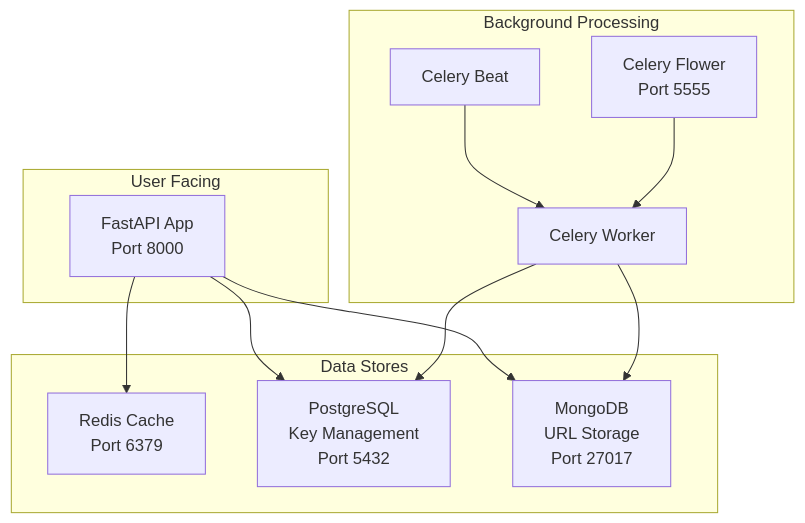
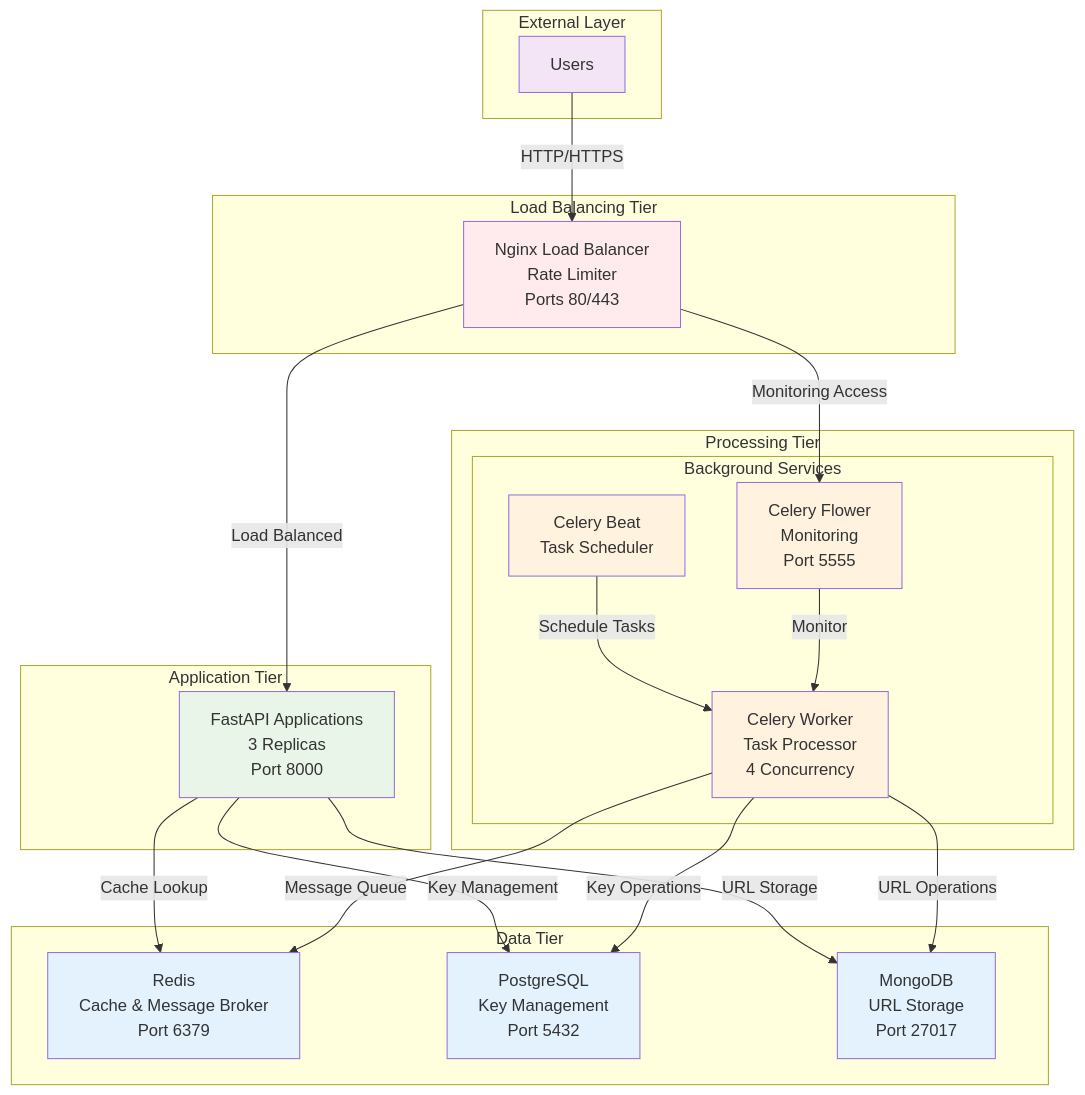
Before and after one commit to kaziiriad/url-shortener-scalable: the first of 2 diagrams in README.md, drawn with Mermaid. The commit also changed other lines of this file and 44 other files, not shown here.

````diff
--- a/README.md
+++ b/README.md
@@ -21,26 +21,58 @@
 ```mermaid
 graph TD
-    subgraph "User Facing"
-        A[FastAPI App <br> Port 8000]
+    subgraph "External Layer"
+        U[Users]
     end
 
-    subgraph "Data Stores"
-        B[Redis Cache <br> Port 6379]
-        C[PostgreSQL <br> Key Management <br> Port 5432]
-        D[MongoDB <br> URL Storage <br> Port 27017]
+    subgraph "Load Balancing Tier"
+        H[Nginx Load Balancer<br/>Rate Limiter<br/>Ports 80/443]
     end
 
-    subgraph "Background Processing"
-        E[Celery Worker]
-        F[Celery Beat]
-        G[Celery Flower <br> Port 5555]
+    subgraph "Application Tier"
+        A[FastAPI Applications<br/>3 Replicas<br/>Port 8000]
     end
 
-    A --> B
-    A --> C
-    A --> D
-    E --> D
-    E --> C
-    F --> E
-    G --> E
+    subgraph "Processing Tier"
+        subgraph "Background Services"
+            F[Celery Beat<br/>Task Scheduler]
+            E[Celery Worker<br/>Task Processor<br/>4 Concurrency]
+            G[Celery Flower<br/>Monitoring<br/>Port 5555]
+        end
+    end
+
+    subgraph "Data Tier"
+        B[Redis<br/>Cache & Message Broker<br/>Port 6379]
+        C[PostgreSQL<br/>Key Management<br/>Port 5432]
+        D[MongoDB<br/>URL Storage<br/>Port 27017]
+    end
+
+    %% User Traffic Flow
+    U -->|HTTP/HTTPS| H
+    H -->|Load Balanced| A
+    H -->|Monitoring Access| G
+
+    %% Application Data Access
+    A -->|Cache Lookup| B
+    A -->|Key Management| C
+    A -->|URL Storage| D
+
+    %% Background Processing Flow
+    F -->|Schedule Tasks| E
+    E -->|Message Queue| B
+    E -->|Key Operations| C
+    E -->|URL Operations| D
+    G -->|Monitor| E
+
+    %% Styling for clarity
+    classDef loadTier fill:#ffebee
+    classDef appTier fill:#e8f5e8
+    classDef processTier fill:#fff3e0
+    classDef dataTier fill:#e3f2fd
+    classDef external fill:#f3e5f5
+    
+    class U external
+    class H loadTier
+    class A appTier
+    class F,E,G processTier
+    class B,C,D dataTier
 ```
````
